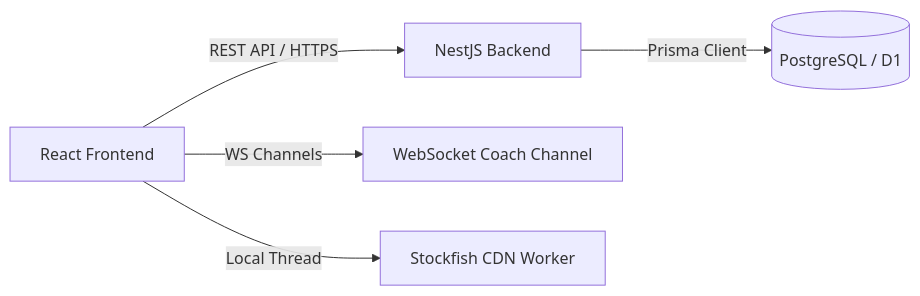
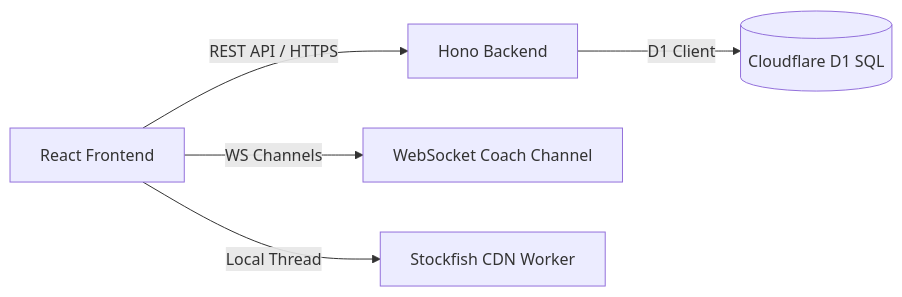
The first of 2 diagrams in docs/ARCHITECTURE.md (dayashimoga/chesspro), drawn with Mermaid before and after one commit. The commit also changed other lines of this file and 99 other files, not shown here.

First line of the commit message:
refactor: complete transition to TypeScript, Hono worker backend, and robust testing suite

````diff
--- a/docs/ARCHITECTURE.md
+++ b/docs/ARCHITECTURE.md
@@ -6,7 +6,7 @@
 ```mermaid
 graph LR
-  Client[React Frontend] -->|REST API / HTTPS| Backend[NestJS Backend]
+  Client[React Frontend] -->|REST API / HTTPS| Backend[Hono Backend]
   Client -->|WS Channels| CoachWS[WebSocket Coach Channel]
-  Backend -->|Prisma Client| DB[(PostgreSQL / D1)]
+  Backend -->|D1 Client| DB[(Cloudflare D1 SQL)]
   Client -->|Local Thread| SFWorker[Stockfish CDN Worker]
 ```
````
